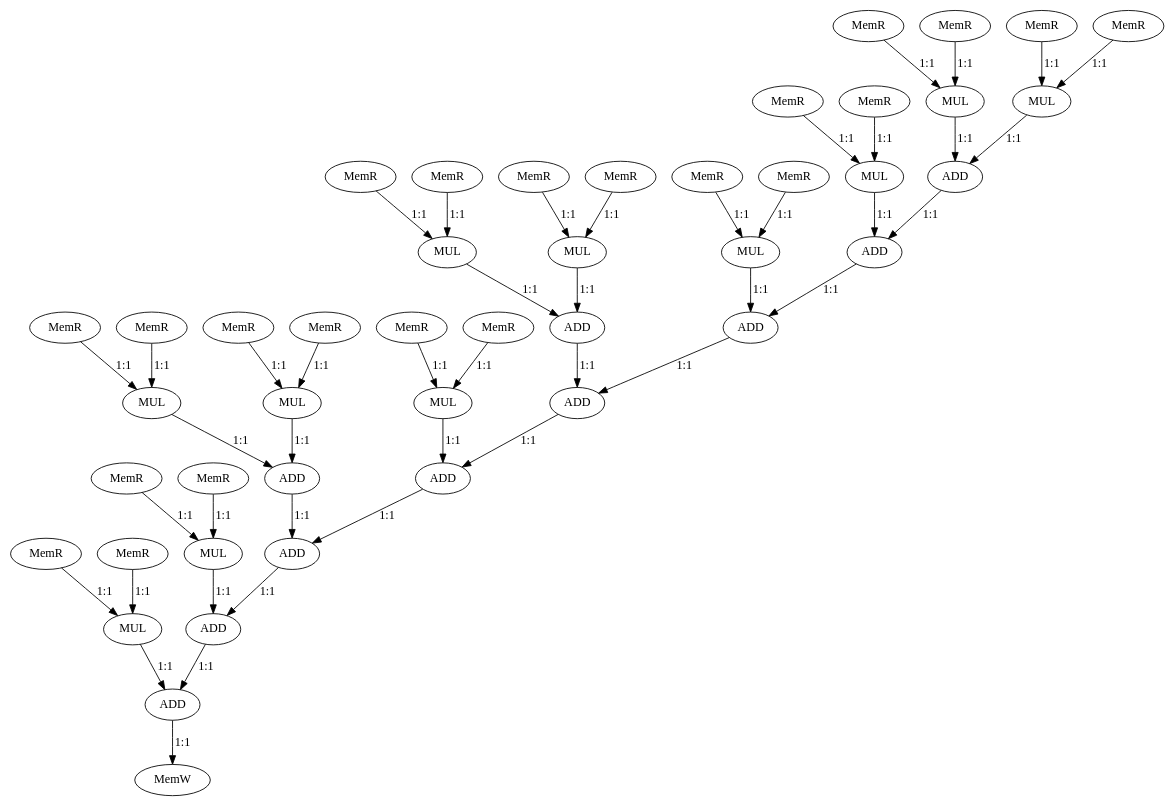
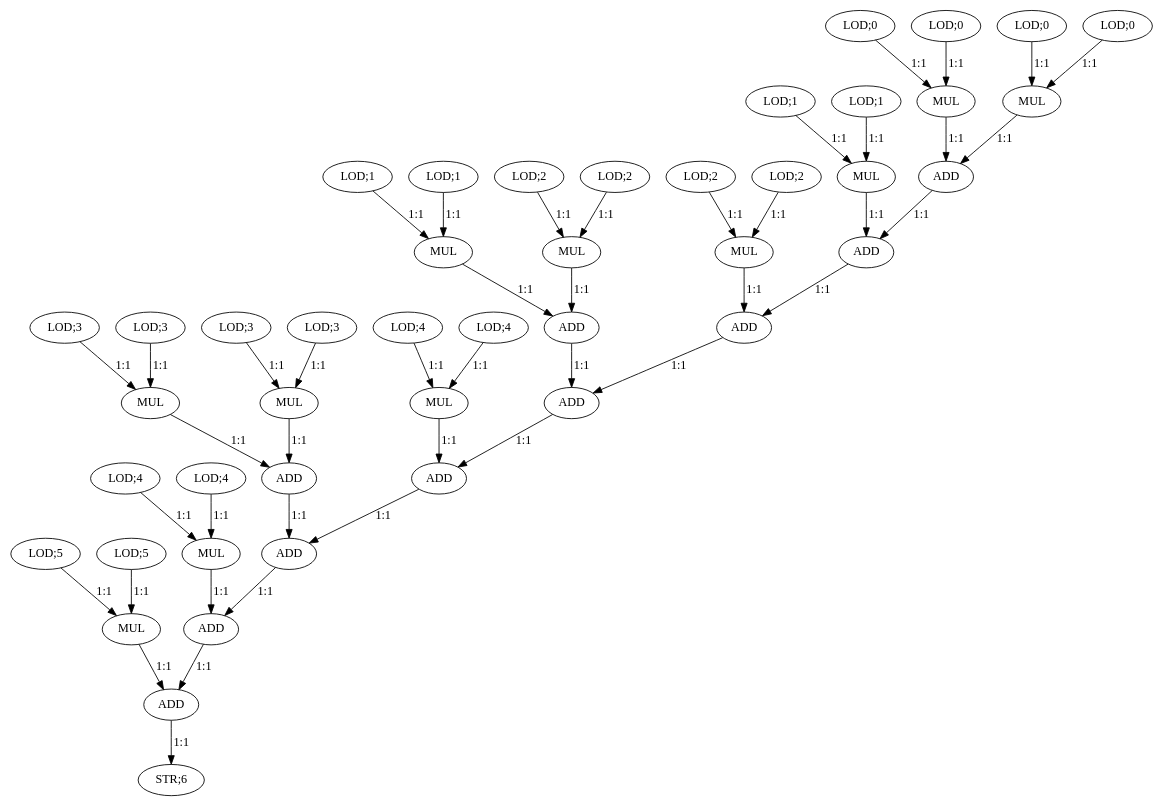
The diagram in large_dfgs/Express_loadUpward/fir_f1.dot (nikhilsambhus/DFGprop), drawn with Graphviz before and after one commit. The commit also changed 16 other files, not shown here.

```diff
--- a/large_dfgs/Express_loadUpward/fir_f1.dot
+++ b/large_dfgs/Express_loadUpward/fir_f1.dot
@@ -1,90 +1,90 @@
 digraph  {
    0 [label="MUL"];
    1 [label="MUL"];
    2 [label="MUL"];
    3 [label="MUL"];
    4 [label="MUL"];
    5 [label="MUL"];
    6 [label="MUL"];
    7 [label="MUL"];
    8 [label="MUL"];
    9 [label="MUL"];
    10 [label="MUL"];
    11 [label="ADD"];
    12 [label="ADD"];
    13 [label="ADD"];
    14 [label="ADD"];
    15 [label="ADD"];
    16 [label="ADD"];
    17 [label="ADD"];
    18 [label="ADD"];
    19 [label="ADD"];
    20 [label="ADD"];
-   21 [label="MemR"];
-   22 [label="MemR"];
-   23 [label="MemR"];
-   24 [label="MemR"];
-   25 [label="MemR"];
-   26 [label="MemR"];
-   27 [label="MemR"];
-   28 [label="MemR"];
-   29 [label="MemR"];
-   30 [label="MemR"];
-   31 [label="MemR"];
-   32 [label="MemR"];
-   33 [label="MemR"];
-   34 [label="MemR"];
-   35 [label="MemR"];
-   36 [label="MemR"];
-   37 [label="MemR"];
-   38 [label="MemR"];
-   39 [label="MemR"];
-   40 [label="MemR"];
-   41 [label="MemR"];
-   42 [label="MemR"];
-   43 [label="MemW"];
+   21 [label="LOD;0"];
+   22 [label="LOD;0"];
+   23 [label="LOD;0"];
+   24 [label="LOD;0"];
+   25 [label="LOD;1"];
+   26 [label="LOD;1"];
+   27 [label="LOD;1"];
+   28 [label="LOD;1"];
+   29 [label="LOD;2"];
+   30 [label="LOD;2"];
+   31 [label="LOD;2"];
+   32 [label="LOD;2"];
+   33 [label="LOD;3"];
+   34 [label="LOD;3"];
+   35 [label="LOD;3"];
+   36 [label="LOD;3"];
+   37 [label="LOD;4"];
+   38 [label="LOD;4"];
+   39 [label="LOD;4"];
+   40 [label="LOD;4"];
+   41 [label="LOD;5"];
+   42 [label="LOD;5"];
+   43 [label="STR;6"];
 
-   21->0 [label="1:1"]
-   22->0 [label="1:1"]
-   23->1 [label="1:1"]
-   24->1 [label="1:1"]
-   25->2 [label="1:1"]
-   26->2 [label="1:1"]
-   0->11 [label="1:1"]
-   1->11 [label="1:1"]
-   11->12 [label="1:1"]
-   2->12 [label="1:1"]
-   27->3 [label="1:1"]
-   28->3 [label="1:1"]
-   29->4 [label="1:1"]
-   30->4 [label="1:1"]
-   31->5 [label="1:1"]
-   32->5 [label="1:1"]
-   3->13 [label="1:1"]
-   4->13 [label="1:1"]
-   5->14 [label="1:1"]
-   12->14 [label="1:1"]
-   13->15 [label="1:1"]
-   14->15 [label="1:1"]
-   33->6 [label="1:1"]
-   34->6 [label="1:1"]
-   35->7 [label="1:1"]
-   36->7 [label="1:1"]
-   37->8 [label="1:1"]
-   38->8 [label="1:1"]
-   15->16 [label="1:1"]
-   8->16 [label="1:1"]
-   6->17 [label="1:1"]
-   7->17 [label="1:1"]
-   17->18 [label="1:1"]
-   16->18 [label="1:1"]
-   39->9 [label="1:1"]
-   40->9 [label="1:1"]
-   41->10 [label="1:1"]
-   42->10 [label="1:1"]
-   18->19 [label="1:1"]
-   9->19 [label="1:1"]
-   10->20 [label="1:1"]
-   19->20 [label="1:1"]
-   20->43 [label="1:1"]
+   21->0 [label="1:1"];
+   22->0 [label="1:1"];
+   23->1 [label="1:1"];
+   24->1 [label="1:1"];
+   25->2 [label="1:1"];
+   26->2 [label="1:1"];
+   0->11 [label="1:1"];
+   1->11 [label="1:1"];
+   11->12 [label="1:1"];
+   2->12 [label="1:1"];
+   27->3 [label="1:1"];
+   28->3 [label="1:1"];
+   29->4 [label="1:1"];
+   30->4 [label="1:1"];
+   31->5 [label="1:1"];
+   32->5 [label="1:1"];
+   3->13 [label="1:1"];
+   4->13 [label="1:1"];
+   5->14 [label="1:1"];
+   12->14 [label="1:1"];
+   13->15 [label="1:1"];
+   14->15 [label="1:1"];
+   33->6 [label="1:1"];
+   34->6 [label="1:1"];
+   35->7 [label="1:1"];
+   36->7 [label="1:1"];
+   37->8 [label="1:1"];
+   38->8 [label="1:1"];
+   15->16 [label="1:1"];
+   8->16 [label="1:1"];
+   6->17 [label="1:1"];
+   7->17 [label="1:1"];
+   17->18 [label="1:1"];
+   16->18 [label="1:1"];
+   39->9 [label="1:1"];
+   40->9 [label="1:1"];
+   41->10 [label="1:1"];
+   42->10 [label="1:1"];
+   18->19 [label="1:1"];
+   9->19 [label="1:1"];
+   10->20 [label="1:1"];
+   19->20 [label="1:1"];
+   20->43 [label="1:1"];
 }
```
